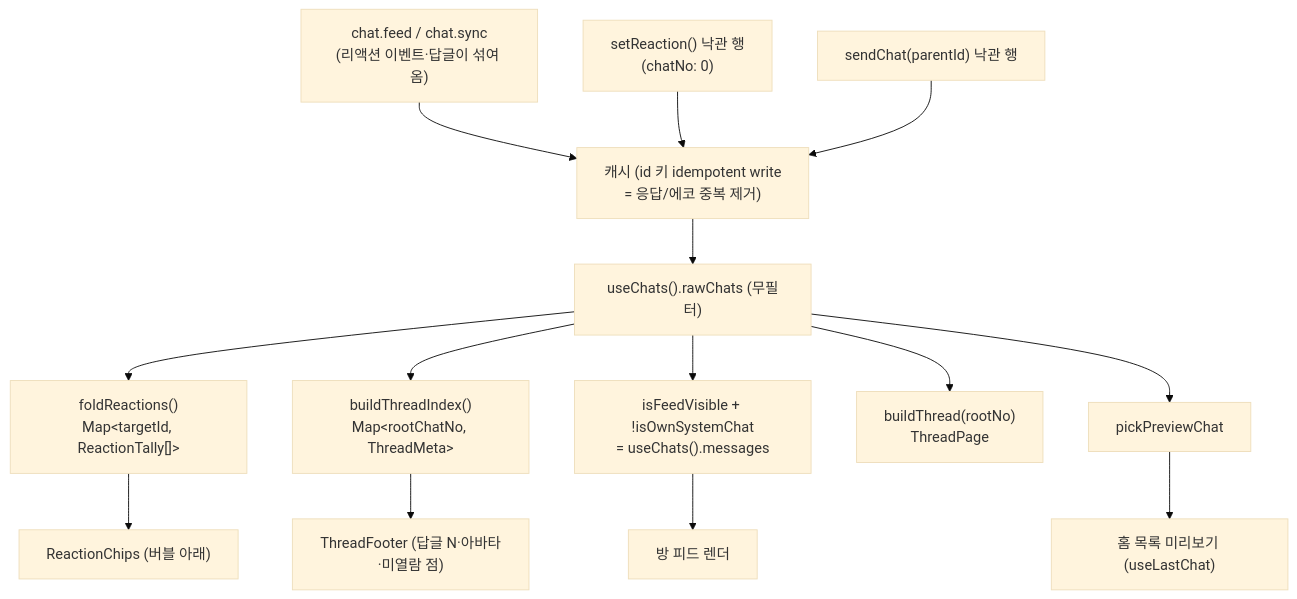
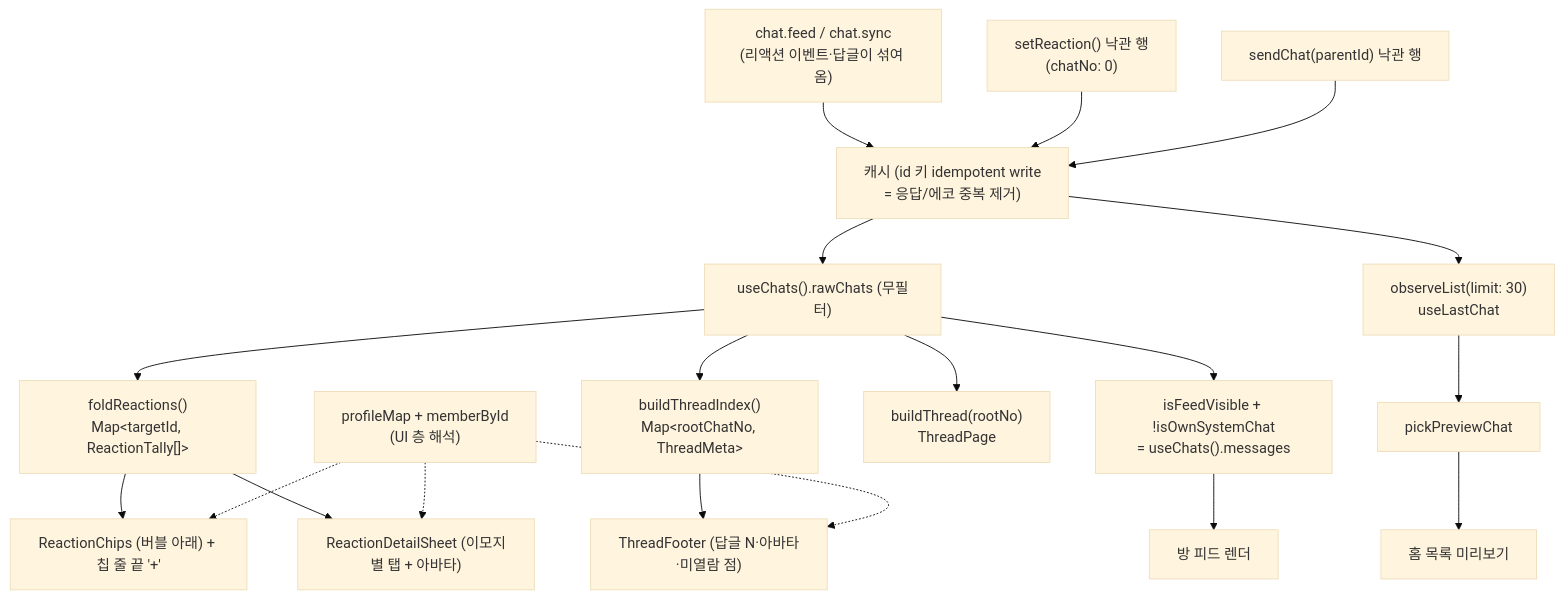
The first of 5 diagrams in apps/web/docs/feature/channels/emoji-reaction-and-thread.md (lemoncloud-io/dou-app), drawn with Mermaid (base theme) before and after one commit. The commit also changed other lines of this file and 1 other file, not shown here.

First line of the commit message:
docs(web/chat): record the reaction and thread refinements

````diff
--- a/apps/web/docs/feature/channels/emoji-reaction-and-thread.md
+++ b/apps/web/docs/feature/channels/emoji-reaction-and-thread.md
@@ -98,15 +174,20 @@
 ```mermaid
 flowchart TD
     WS["chat.feed / chat.sync<br/>(리액션 이벤트·답글이 섞여 옴)"] --> Cache["캐시 (id 키 idempotent write<br/>= 응답/에코 중복 제거)"]
     SR["setReaction() 낙관 행<br/>(chatNo: 0)"] --> Cache
     SC["sendChat(parentId) 낙관 행"] --> Cache
     Cache --> Raw["useChats().rawChats (무필터)"]
     Raw --> Fold["foldReactions()<br/>Map&lt;targetId, ReactionTally[]&gt;"]
     Raw --> Idx["buildThreadIndex()<br/>Map&lt;rootChatNo, ThreadMeta&gt;"]
     Raw --> Vis["isFeedVisible + !isOwnSystemChat<br/>= useChats().messages"]
     Vis --> Feed["방 피드 렌더"]
-    Fold --> Chips["ReactionChips (버블 아래)"]
+    Fold --> Chips["ReactionChips (버블 아래) + 칩 줄 끝 '+'"]
+    Fold --> Reactors["ReactionDetailSheet (이모지별 탭 + 아바타)"]
     Idx --> Footer["ThreadFooter (답글 N·아바타·미열람 점)"]
     Raw --> Thread["buildThread(rootNo)<br/>ThreadPage"]
-    Raw --> Prev["pickPreviewChat"] --> Home["홈 목록 미리보기 (useLastChat)"]
+    Cache --> Obs["observeList(limit: 30)<br/>useLastChat"]
+    Obs --> Prev["pickPreviewChat"] --> Home["홈 목록 미리보기"]
+    Profiles["profileMap + memberById<br/>(UI 층 해석)"] -.-> Chips
+    Profiles -.-> Reactors
+    Profiles -.-> Footer
 ```
````
